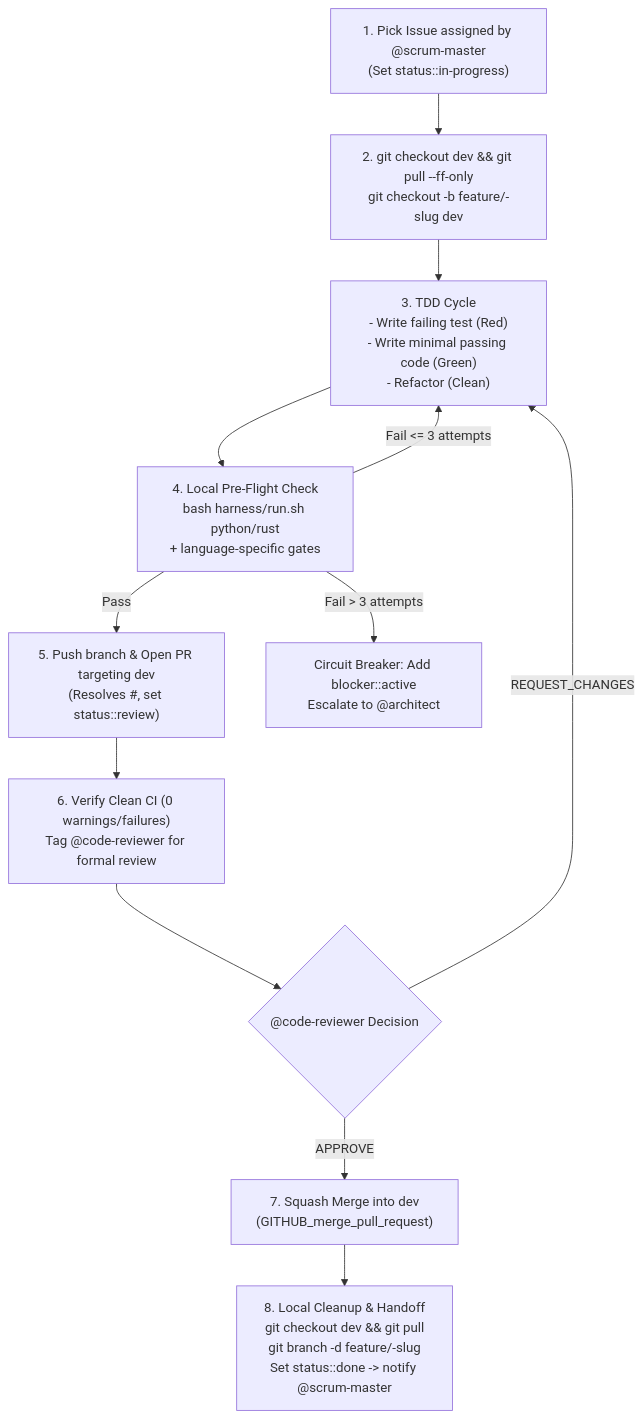
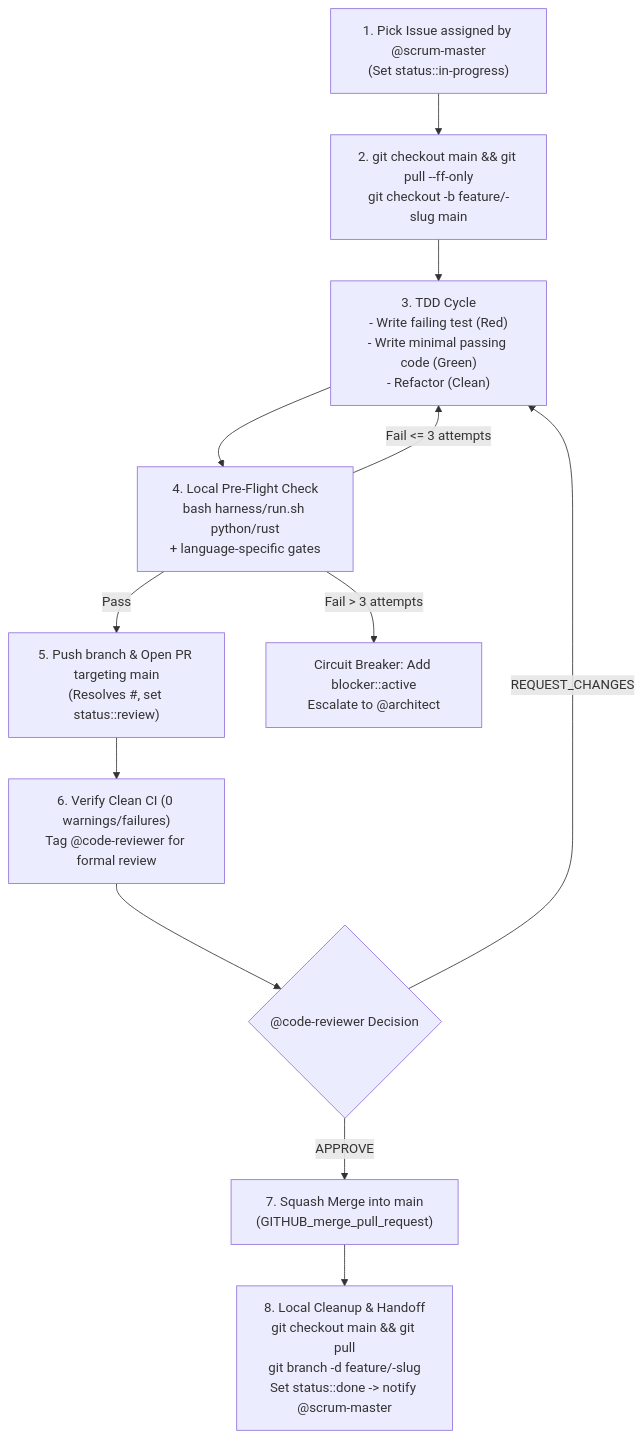
Before and after one commit to fpittelo/opencode-home-config: the diagram in agents/developer.md, drawn with Mermaid. The commit also changed other lines of this file and 27 other files, not shown here.

````diff
--- a/agents/developer.md
+++ b/agents/developer.md
@@ -219,14 +219,14 @@
 ```mermaid
 flowchart TD
-    A["1. Pick Issue assigned by @scrum-master\n(Set status::in-progress)"] --> B["2. git checkout dev && git pull --ff-only\ngit checkout -b feature/<issue-#>-slug dev"]
+    A["1. Pick Issue assigned by @scrum-master\n(Set status::in-progress)"] --> B["2. git checkout main && git pull --ff-only\ngit checkout -b feature/<issue-#>-slug main"]
     B --> C["3. TDD Cycle\n- Write failing test (Red)\n- Write minimal passing code (Green)\n- Refactor (Clean)"]
     C --> D["4. Local Pre-Flight Check\nbash harness/run.sh python/rust\n+ language-specific gates"]
-    D -->|Pass| E["5. Push branch & Open PR targeting dev\n(Resolves #<issue-#>, set status::review)"]
+    D -->|Pass| E["5. Push branch & Open PR targeting main\n(Resolves #<issue-#>, set status::review)"]
     D -->|Fail <= 3 attempts| C
     D -->|Fail > 3 attempts| ESC["Circuit Breaker: Add blocker::active\nEscalate to @architect"]
     E --> F["6. Verify Clean CI (0 warnings/failures)\nTag @code-reviewer for formal review"]
     F --> G{"@code-reviewer Decision"}
     G -->|REQUEST_CHANGES| C
-    G -->|APPROVE| H["7. Squash Merge into dev\n(GITHUB_merge_pull_request)"]
-    H --> I["8. Local Cleanup & Handoff\ngit checkout dev && git pull\ngit branch -d feature/<issue-#>-slug\nSet status::done -> notify @scrum-master"]
+    G -->|APPROVE| H["7. Squash Merge into main\n(GITHUB_merge_pull_request)"]
+    H --> I["8. Local Cleanup & Handoff\ngit checkout main && git pull\ngit branch -d feature/<issue-#>-slug\nSet status::done -> notify @scrum-master"]
 ```
````
